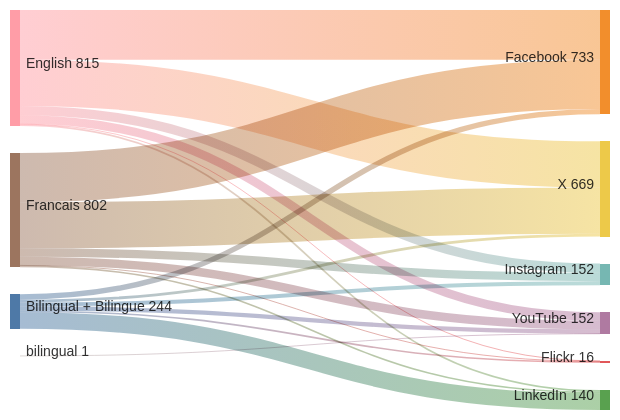
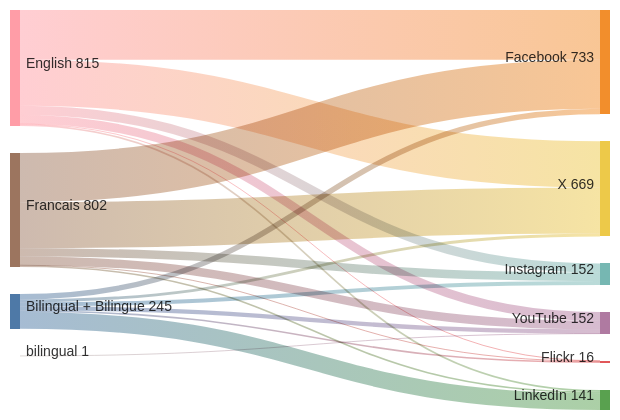
The diagram in sankey_diagram.md (PatLittle/GC-Socials), drawn with Mermaid before and after one commit.

Commit message:
Update Sankey diagram for the most recent day

````diff
--- a/sankey_diagram.md
+++ b/sankey_diagram.md
@@ -1,22 +1,22 @@
 ```mermaid
 sankey-beta
   Bilingual + Bilingue,Facebook,38
   Bilingual + Bilingue,Flickr,11
   Bilingual + Bilingue,Instagram,28
-  Bilingual + Bilingue,LinkedIn,117
+  Bilingual + Bilingue,LinkedIn,118
   Bilingual + Bilingue,X,20
   Bilingual + Bilingue,YouTube,30
   English,Facebook,349
   English,Flickr,3
   English,Instagram,65
   English,LinkedIn,12
   English,X,325
   English,YouTube,61
   Francais,Facebook,346
   Francais,Flickr,2
   Francais,Instagram,59
   Francais,LinkedIn,11
   Francais,X,324
   Francais,YouTube,60
   bilingual,YouTube,1
 ```
````
